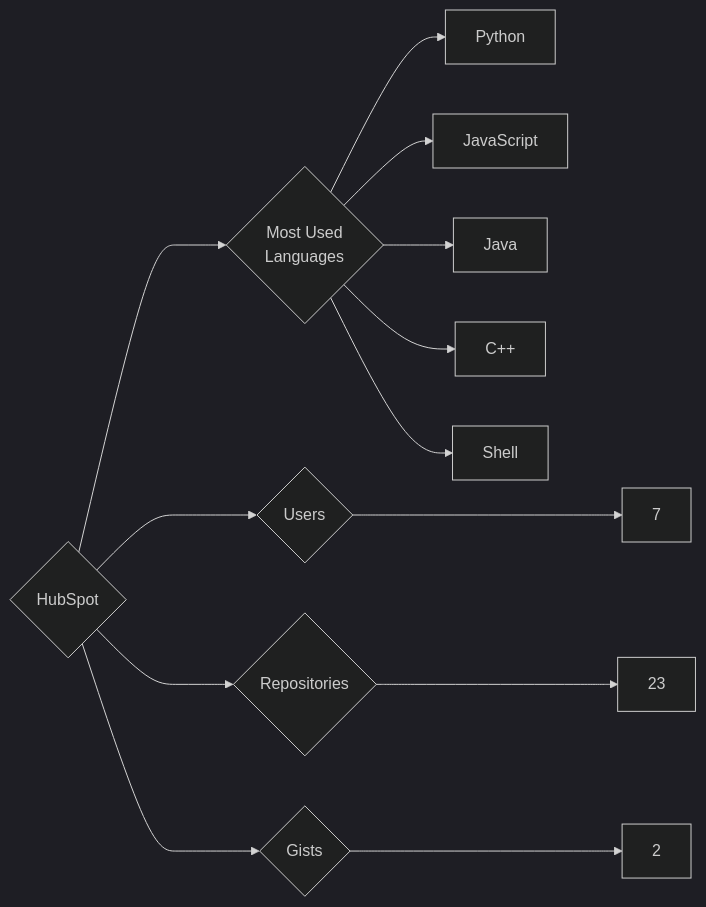
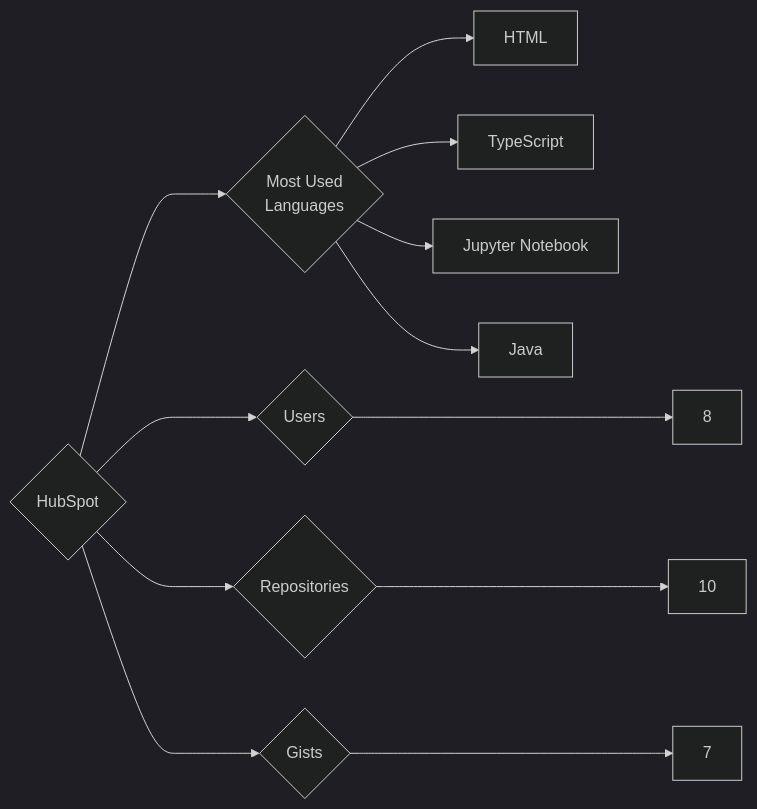
Before and after one commit to trickest/insiders: the diagram in targets/HubSpot/README.md, drawn with Mermaid (dark theme). The commit also changed 1175 other files, not shown here.

````diff
--- a/targets/HubSpot/README.md
+++ b/targets/HubSpot/README.md
@@ -3,13 +3,12 @@
 ```mermaid
 graph LR
 COMPANY_NAME{HubSpot}
-COMPANY_NAME ---> U{Users} ---> UN[7]
-COMPANY_NAME ---> R{Repositories} ---> RN[23]
-COMPANY_NAME ---> G{Gists} ---> GN[2]
+COMPANY_NAME ---> U{Users} ---> UN[8]
+COMPANY_NAME ---> R{Repositories} ---> RN[10]
+COMPANY_NAME ---> G{Gists} ---> GN[7]
 COMPANY_NAME ---> ML{Most Used<br>Languages}
-ML --> Python[Python]
-ML --> JavaScript[JavaScript]
+ML --> HTML[HTML]
+ML --> TypeScript[TypeScript]
+ML --> Jupyter_Notebook[Jupyter Notebook]
 ML --> Java[Java]
-ML --> C++[C++]
-ML --> Shell[Shell]
 ```
````
